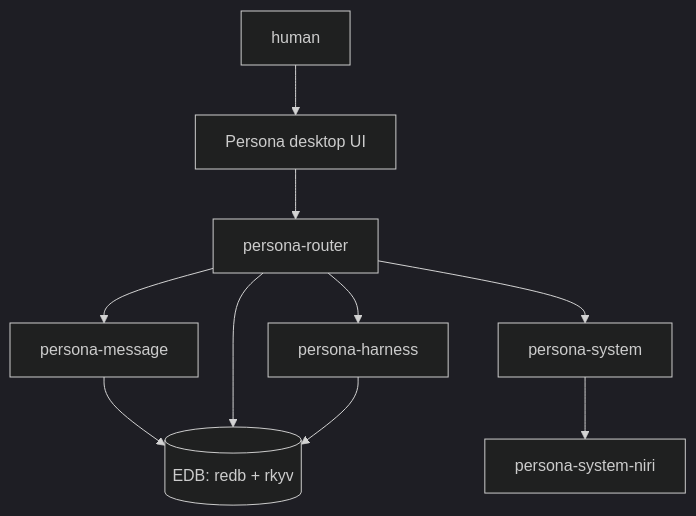
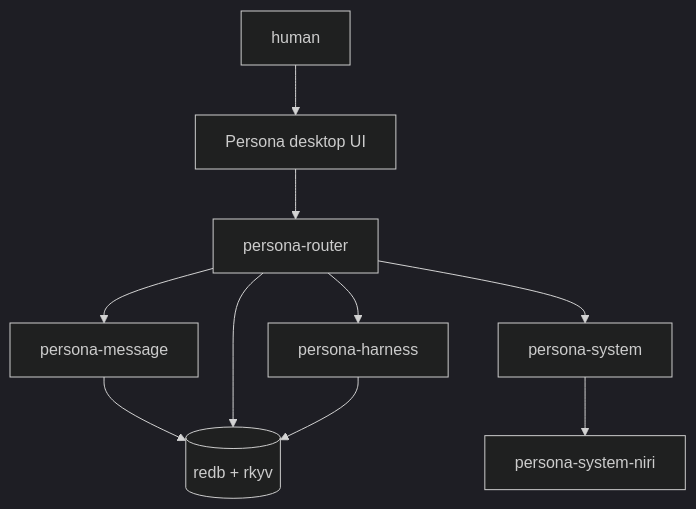
Before and after one commit to LiGoldragon/primary: the first of 6 diagrams in reports/operator/8-persona-system-repo-plan.md, drawn with Mermaid (dark theme). The commit also changed other lines of this file and 3 other files, not shown here.

Commit message:
drop EDB acronym; redb + rkyv stays the literal name

````diff
--- a/reports/operator/8-persona-system-repo-plan.md
+++ b/reports/operator/8-persona-system-repo-plan.md
@@ -18,21 +18,21 @@
 ```mermaid
 flowchart TB
     human[human]
     desktop[Persona desktop UI]
     router[persona-router]
     message[persona-message]
     system[persona-system]
     niri[persona-system-niri]
     harness[persona-harness]
-    storage[(EDB: redb + rkyv)]
+    storage[(redb + rkyv)]
 
     human --> desktop
     desktop --> router
     router --> message
     router --> system
     system --> niri
     router --> harness
     message --> storage
     router --> storage
     harness --> storage
 ```
````
